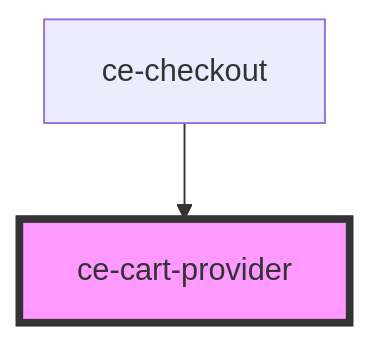
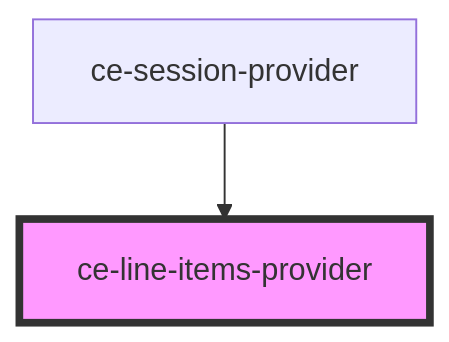
One commit to surecart/surecart-wp-plugin changed the diagram in packages/components/src/components/providers/line-items-provider/readme.md. Above: the diagram before and after it, drawn with Mermaid. The commit also changed other lines of this file and 50 other files, not shown here.

````diff
--- a/packages/components/src/components/providers/line-items-provider/readme.md
+++ b/packages/components/src/components/providers/line-items-provider/readme.md
@@ -29,5 +29,5 @@
 ```mermaid
 graph TD;
-  ce-checkout --> ce-cart-provider
-  style ce-cart-provider fill:#f9f,stroke:#333,stroke-width:4px
+  ce-session-provider --> ce-line-items-provider
+  style ce-line-items-provider fill:#f9f,stroke:#333,stroke-width:4px
 ```
````
